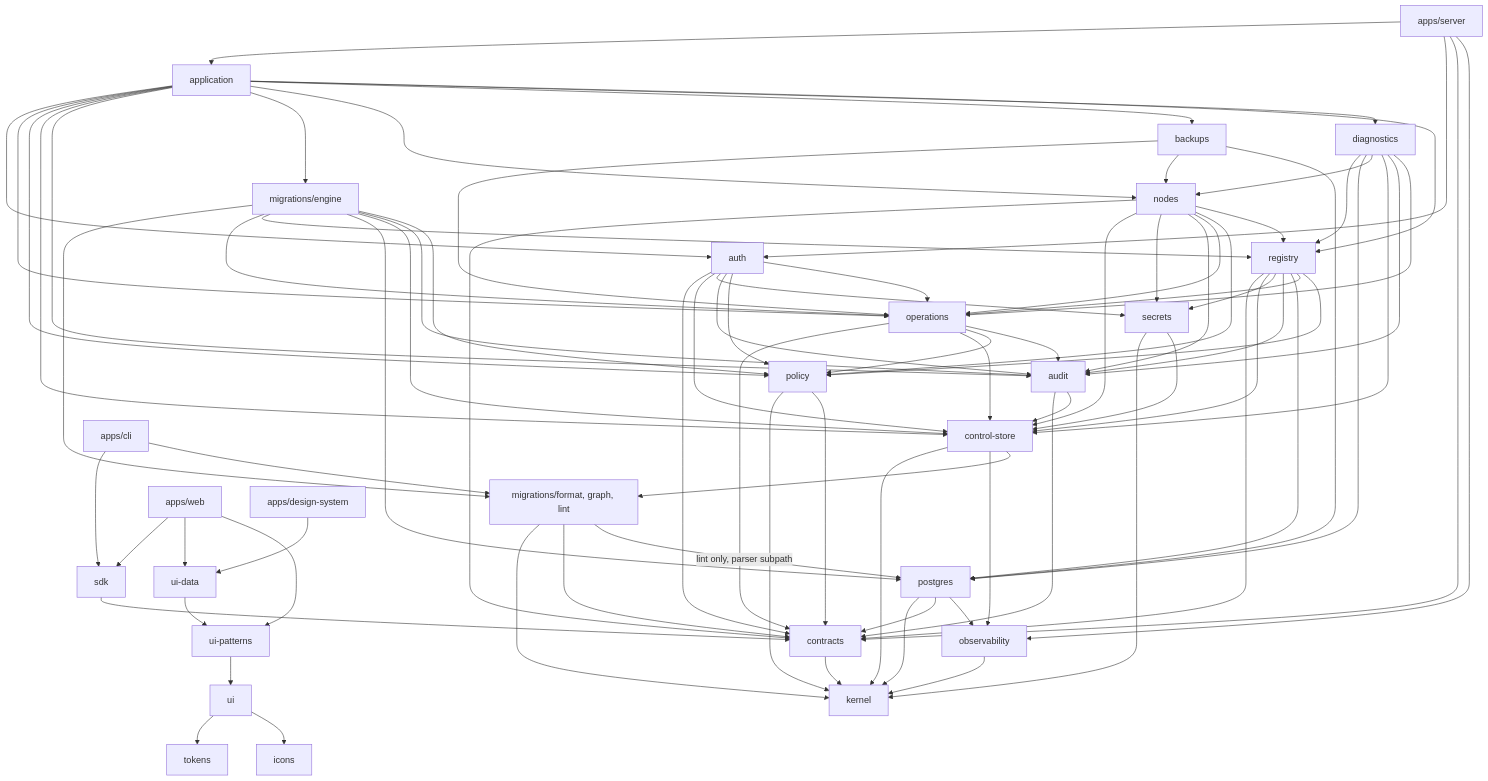
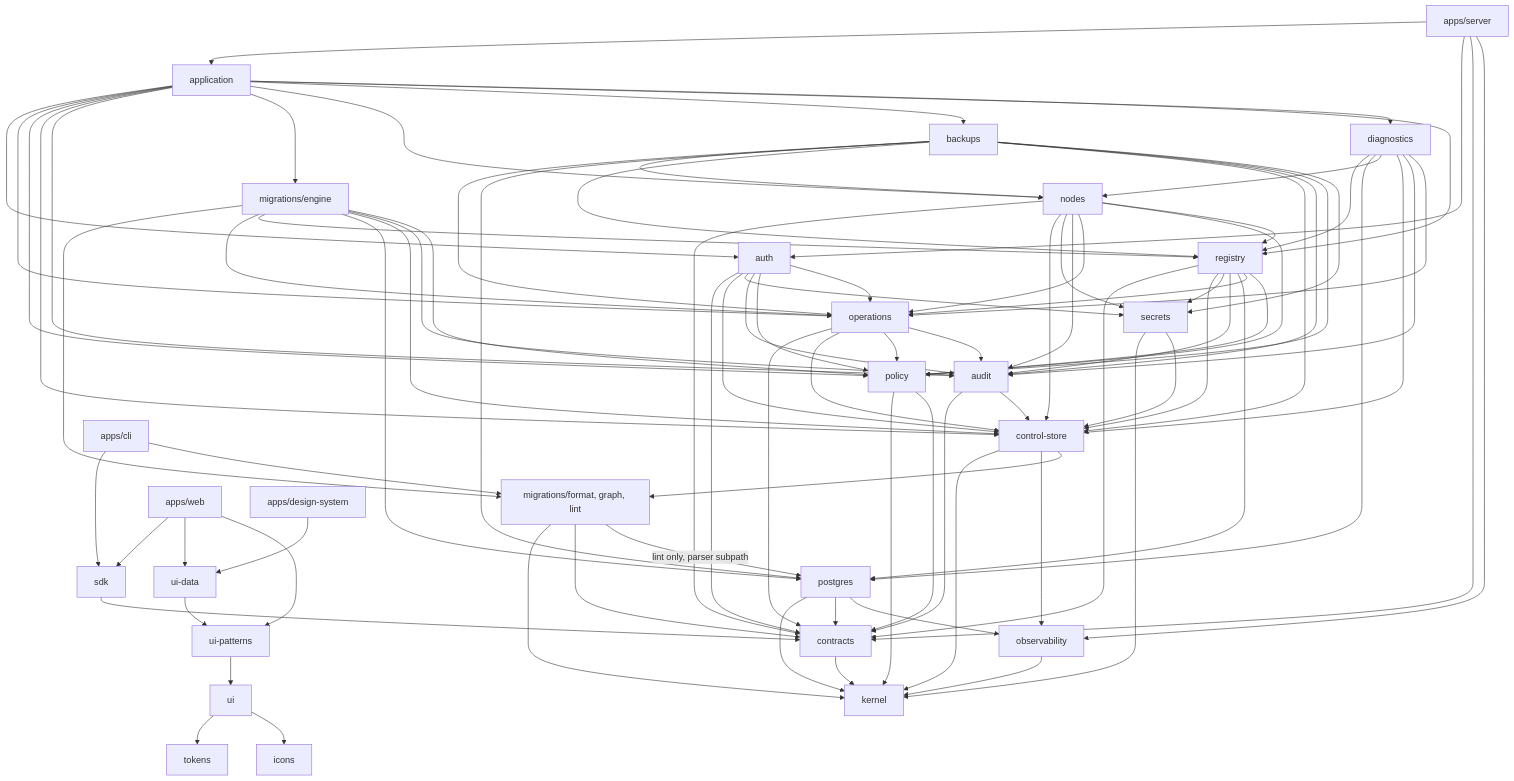
Before and after one commit to davdxpx/ExponetDB: the diagram in exponetdb-docs/01-architecture/package-architecture.md, drawn with Mermaid. The commit also changed other lines of this file and 68 other files, not shown here.

```diff
--- a/exponetdb-docs/01-architecture/package-architecture.md
+++ b/exponetdb-docs/01-architecture/package-architecture.md
@@ -364,6 +364,11 @@
   backups --> operations
   backups --> nodes
   backups --> postgres
+  backups --> registry
+  backups --> controlstore
+  backups --> audit
+  backups --> policy
+  backups --> secrets
   diagnostics --> registry
   diagnostics --> postgres
   diagnostics --> nodes
```
